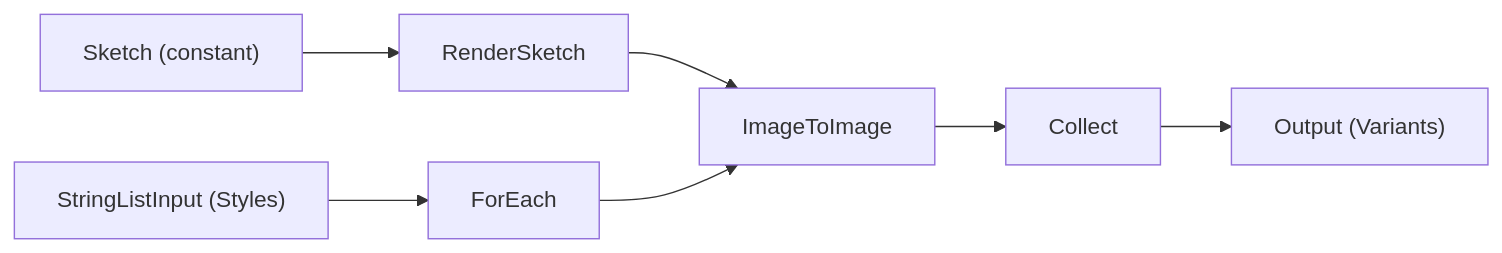
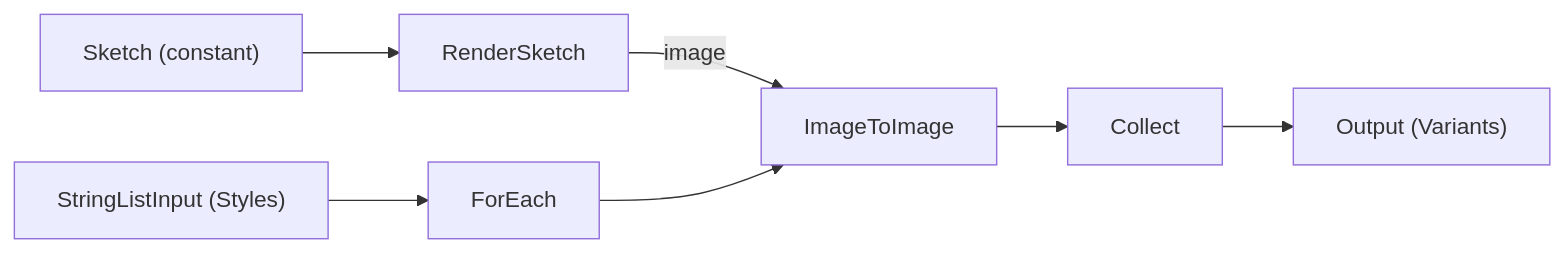
Before and after one commit to nodetool-ai/nodetool: the fifth of 8 diagrams in docs/cookbook/patterns.md, drawn with Mermaid. The commit also changed other lines of this file, not shown here.

```diff
--- a/docs/cookbook/patterns.md
+++ b/docs/cookbook/patterns.md
@@ -180,12 +181,12 @@
 {% mermaid %}
 graph LR
   sketch["Sketch (constant)"]
   render["RenderSketch"]
   styles["StringListInput (Styles)"]
   each["ForEach"]
   img["ImageToImage"]
   collect["Collect"]
   out["Output (Variants)"]
-  sketch --> render --> img
+  sketch --> render -->|image| img
   styles --> each --> img --> collect --> out
 {% endmermaid %}
```
